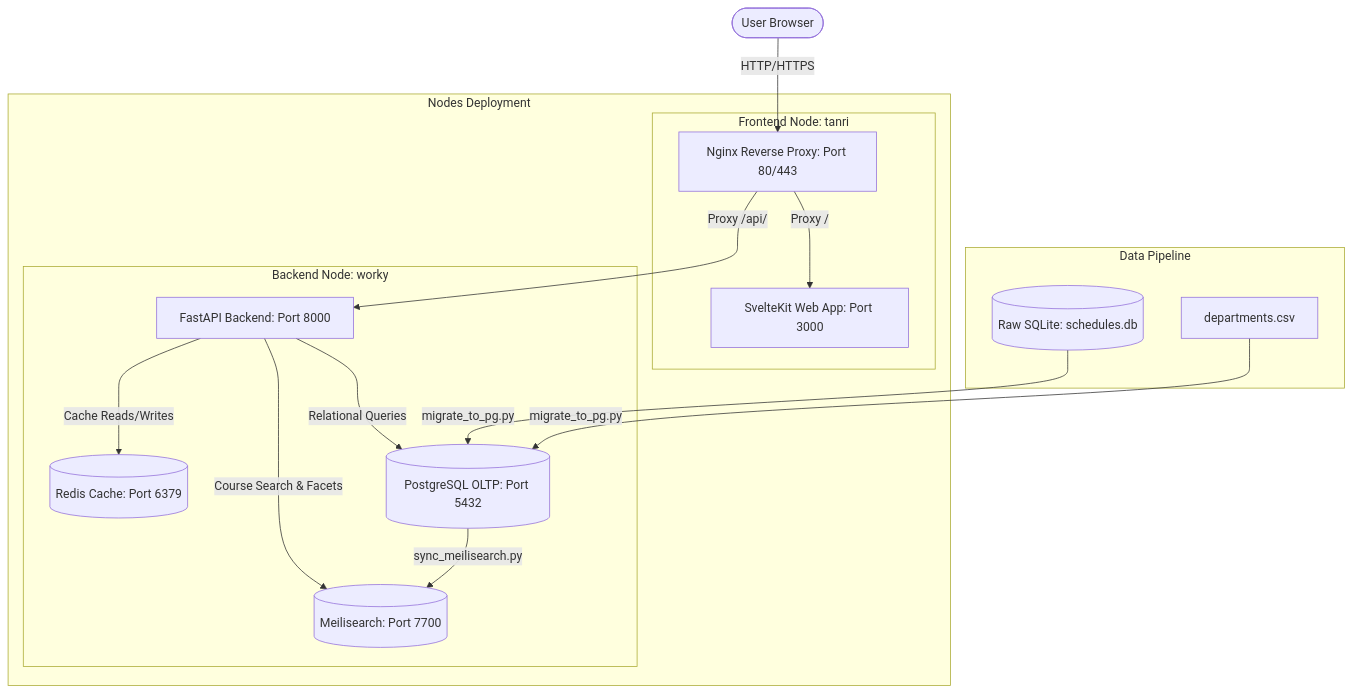
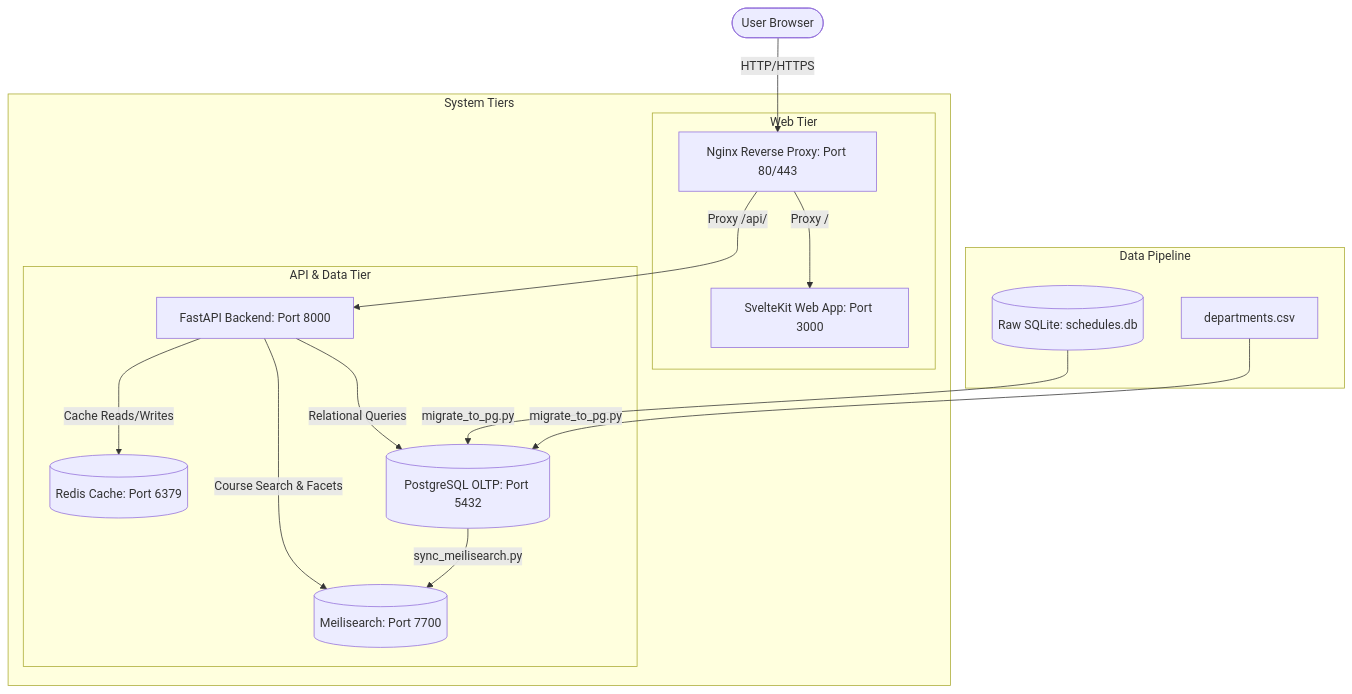
Before and after one commit to fusuycorp/boun-archive: the first of 3 diagrams in README.md, drawn with Mermaid. The commit also changed other lines of this file and 15 other files, not shown here.

````diff
--- a/README.md
+++ b/README.md
@@ -11,23 +11,23 @@
 ```mermaid
 graph TD
     User([User Browser]) -->|HTTP/HTTPS| Nginx[Nginx Reverse Proxy: Port 80/443]
     
-    subgraph Nodes Deployment
-        subgraph Frontend Node: tanri
+    subgraph System Tiers
+        subgraph Web Tier
             Nginx -->|Proxy / | SvelteKit[SvelteKit Web App: Port 3000]
         end
         
-        subgraph Backend Node: worky
+        subgraph API & Data Tier
             Nginx -->|Proxy /api/ | FastAPI[FastAPI Backend: Port 8000]
             FastAPI -->|Cache Reads/Writes| Redis[(Redis Cache: Port 6379)]
             FastAPI -->|Course Search & Facets| Meilisearch[(Meilisearch: Port 7700)]
             FastAPI -->|Relational Queries| PostgreSQL[(PostgreSQL OLTP: Port 5432)]
         end
     end
 
     subgraph Data Pipeline
         SQLiteDB[(Raw SQLite: schedules.db)] -->|migrate_to_pg.py| PostgreSQL
         DeptsCSV[departments.csv] -->|migrate_to_pg.py| PostgreSQL
         PostgreSQL -->|sync_meilisearch.py| Meilisearch
     end
 ```
````
